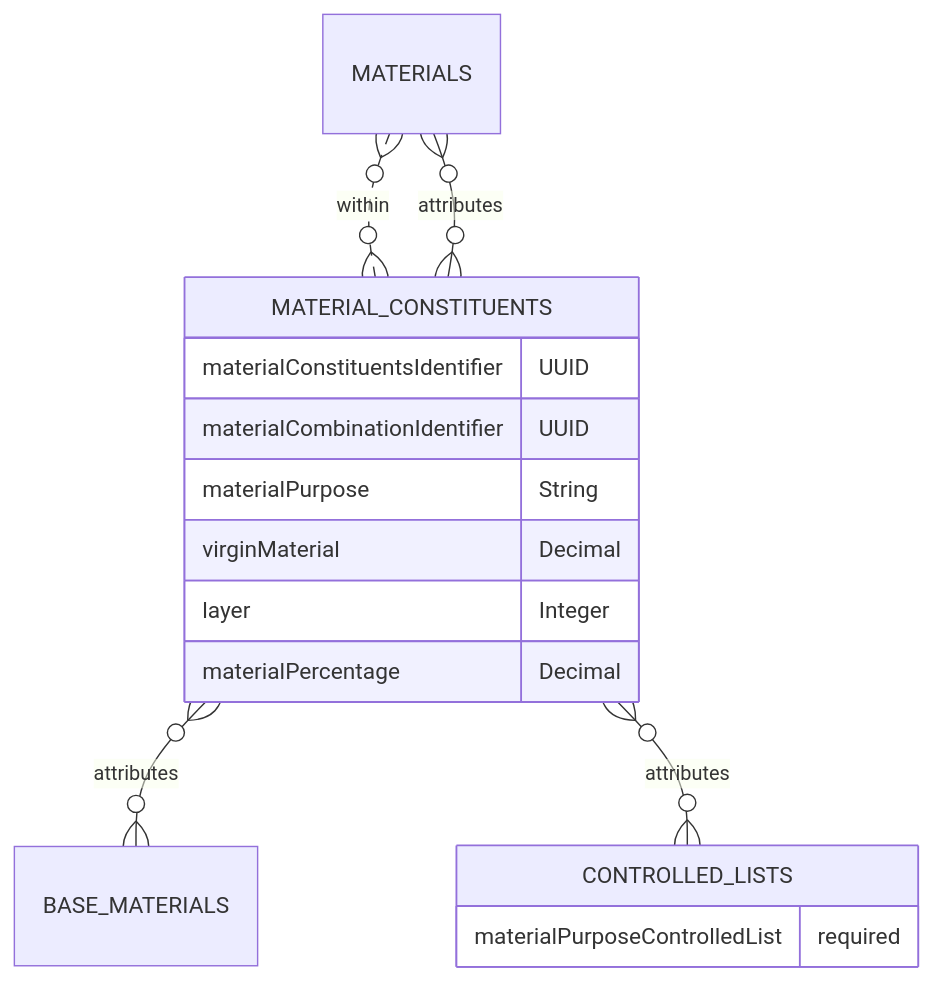
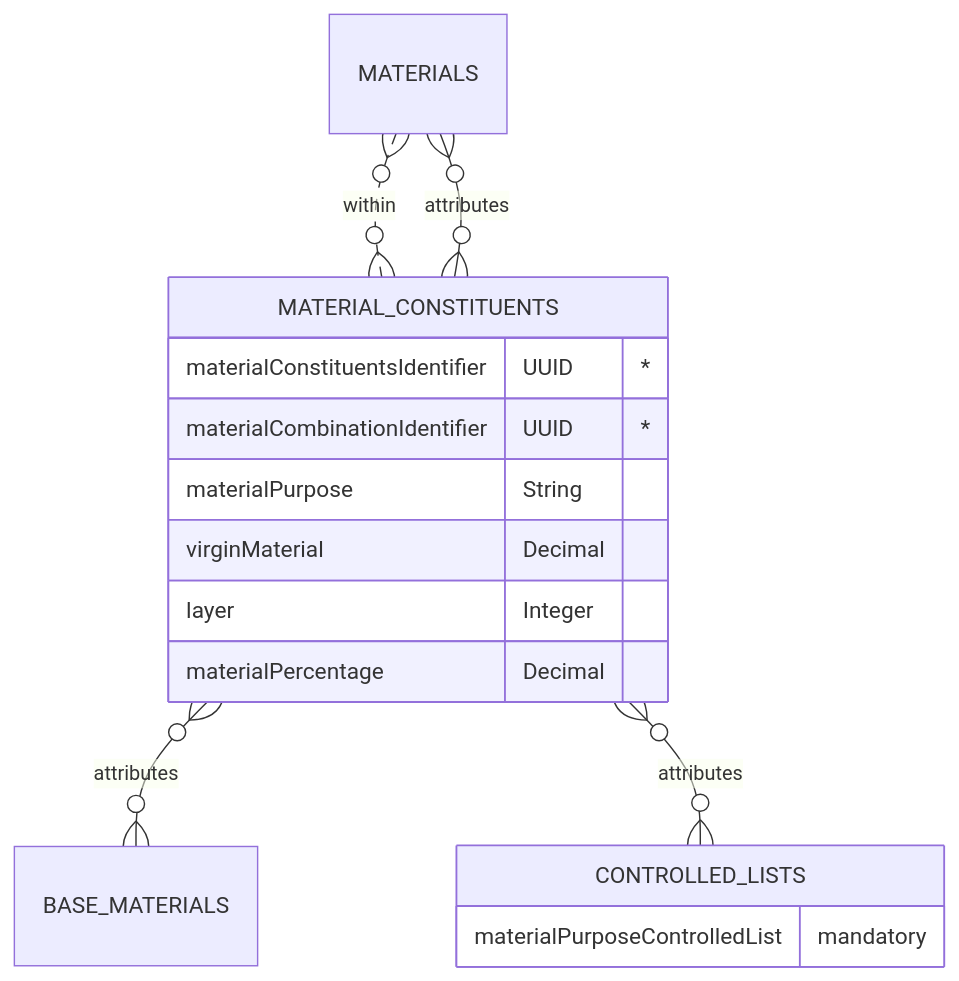
One commit to OpenDataManchester/Open3P changed the diagram in docs/6_Relationship_Lists/6_001_Material_Constituents.md. Above: the diagram before and after it, drawn with Mermaid. The commit also changed other lines of this file, not shown here.

````diff
--- a/docs/6_Relationship_Lists/6_001_Material_Constituents.md
+++ b/docs/6_Relationship_Lists/6_001_Material_Constituents.md
@@ -22,19 +22,19 @@
 ``` mermaid
 erDiagram
 
   MATERIALS }o..o{ MATERIAL_CONSTITUENTS : within
   MATERIAL_CONSTITUENTS {
-    materialConstituentsIdentifier UUID
-    materialCombinationIdentifier UUID
+    materialConstituentsIdentifier UUID "*"
+    materialCombinationIdentifier UUID "*"
     materialPurpose String
     virginMaterial Decimal
     layer Integer
     materialPercentage Decimal
   }
   MATERIAL_CONSTITUENTS }o--o{ BASE_MATERIALS : attributes
   MATERIAL_CONSTITUENTS }o--o{ MATERIALS : attributes
   MATERIAL_CONSTITUENTS }o--o{ CONTROLLED_LISTS : attributes
   CONTROLLED_LISTS {
-    materialPurposeControlledList required 
+    materialPurposeControlledList mandatory 
   }
 ```
````
